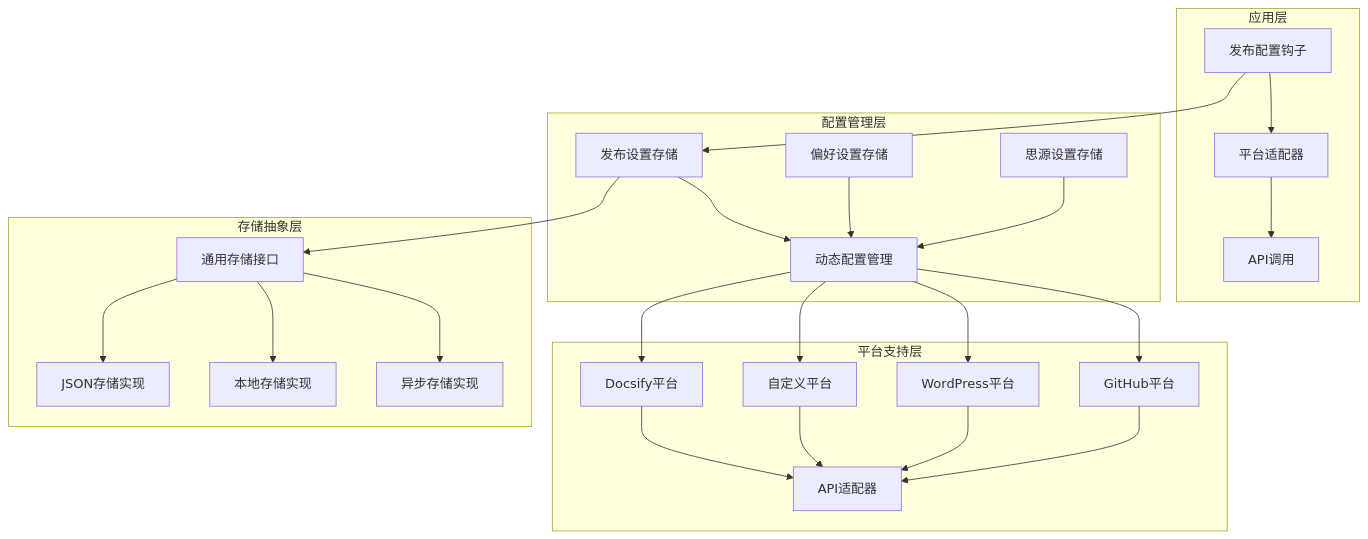
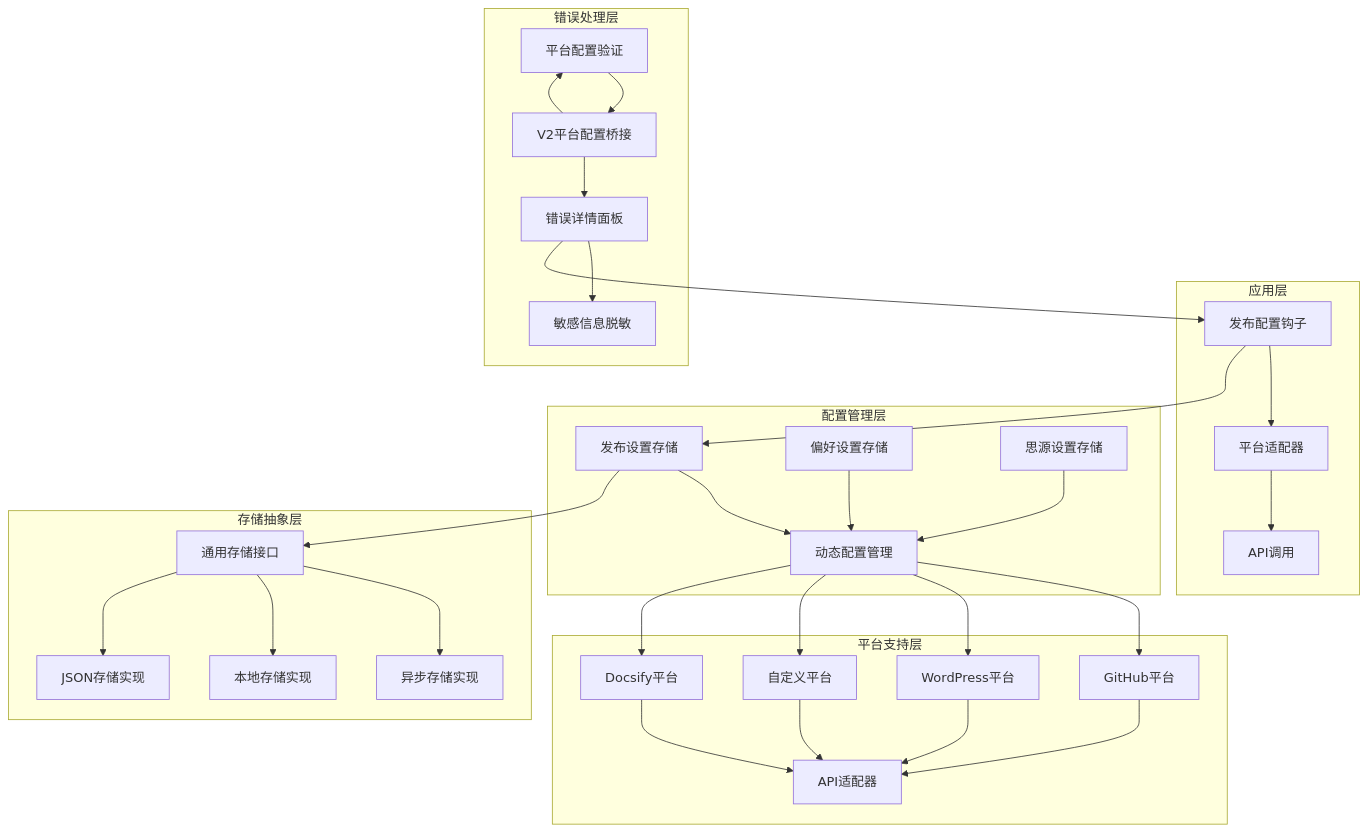
One commit to terwer/siyuan-plugin-publisher changed the second of 18 diagrams in .qoder/repowiki/zh/content/Platform Configuration System.md. Above: the diagram before and after it, drawn with Mermaid. The commit also changed other lines of this file and 19 other files, not shown here.

````diff
--- a/.qoder/repowiki/zh/content/Platform Configuration System.md
+++ b/.qoder/repowiki/zh/content/Platform Configuration System.md
@@ -142,29 +166,36 @@
 ```mermaid
 graph TB
 subgraph "应用层"
 A[发布配置钩子] --> B[平台适配器]
 B --> C[API调用]
 end
 subgraph "配置管理层"
 D[发布设置存储] --> E[动态配置管理]
 F[偏好设置存储] --> E
 G[思源设置存储] --> E
 end
 subgraph "存储抽象层"
 H[通用存储接口] --> I[异步存储实现]
 H --> J[本地存储实现]
 H --> K[JSON存储实现]
 end
 subgraph "平台支持层"
 L[GitHub平台] --> M[API适配器]
 N[WordPress平台] --> M
 O[自定义平台] --> M
 P[Docsify平台] --> M
 end
+subgraph "错误处理层"
+Q[平台配置验证] --> R[V2平台配置桥接]
+R --> S[错误详情面板]
+S --> T[敏感信息脱敏]
+end
 A --> D
 D --> H
 E --> L
 E --> N
 E --> O
 E --> P
+R --> Q
+S --> A
 ```
````
